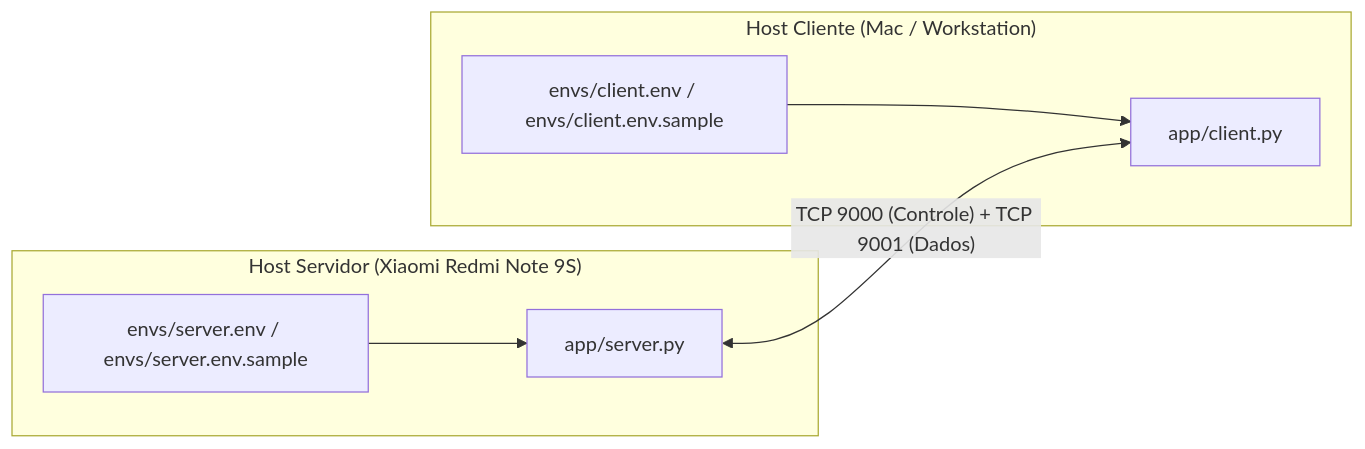
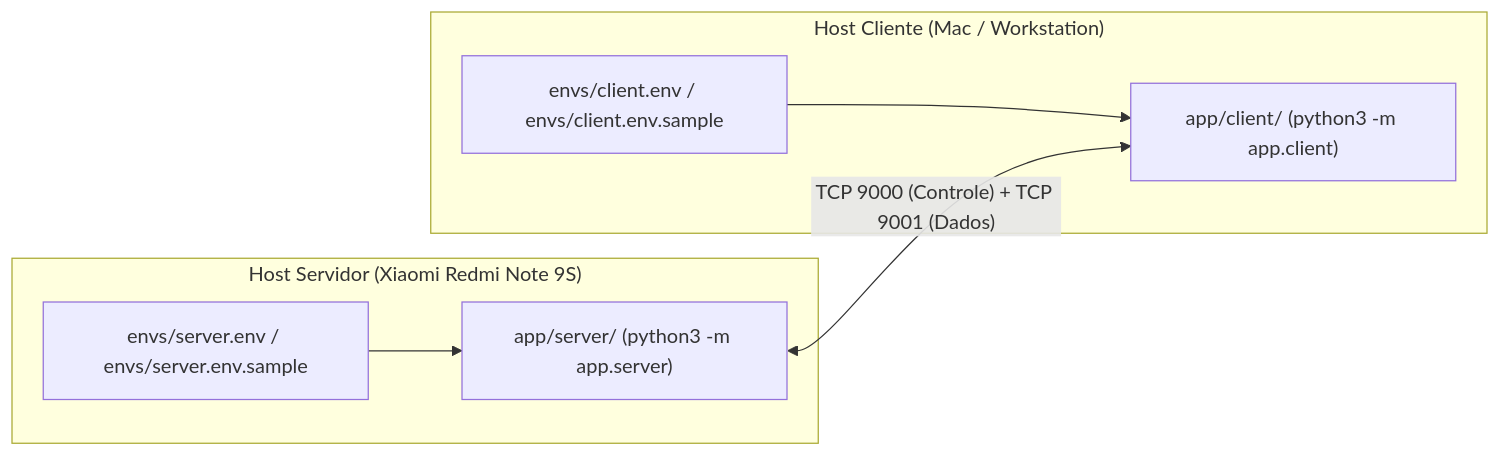
The diagram in docs/app/005-gerenciamento-de-configuracoes-e-env.md (Naoki051/homelab), drawn with Mermaid before and after one commit. The commit also changed other lines of this file and 5 other files, not shown here.

Commit message:
docs(app): add quick-start execution guide for modular server and client

````diff
--- a/docs/app/005-gerenciamento-de-configuracoes-e-env.md
+++ b/docs/app/005-gerenciamento-de-configuracoes-e-env.md
@@ -28,16 +28,16 @@
 ```mermaid
 flowchart LR
     subgraph HostServer["Host Servidor (Xiaomi Redmi Note 9S)"]
         ServerEnv["envs/server.env / envs/server.env.sample"]
-        ServerApp["app/server.py"]
+        ServerApp["app/server/ (python3 -m app.server)"]
         ServerEnv --> ServerApp
     end
 
     subgraph HostClient["Host Cliente (Mac / Workstation)"]
         ClientEnv["envs/client.env / envs/client.env.sample"]
-        ClientApp["app/client.py"]
+        ClientApp["app/client/ (python3 -m app.client)"]
         ClientEnv --> ClientApp
     end
 
     ServerApp <-->|"TCP 9000 (Controle) + TCP 9001 (Dados)"| ClientApp
 ```
````
